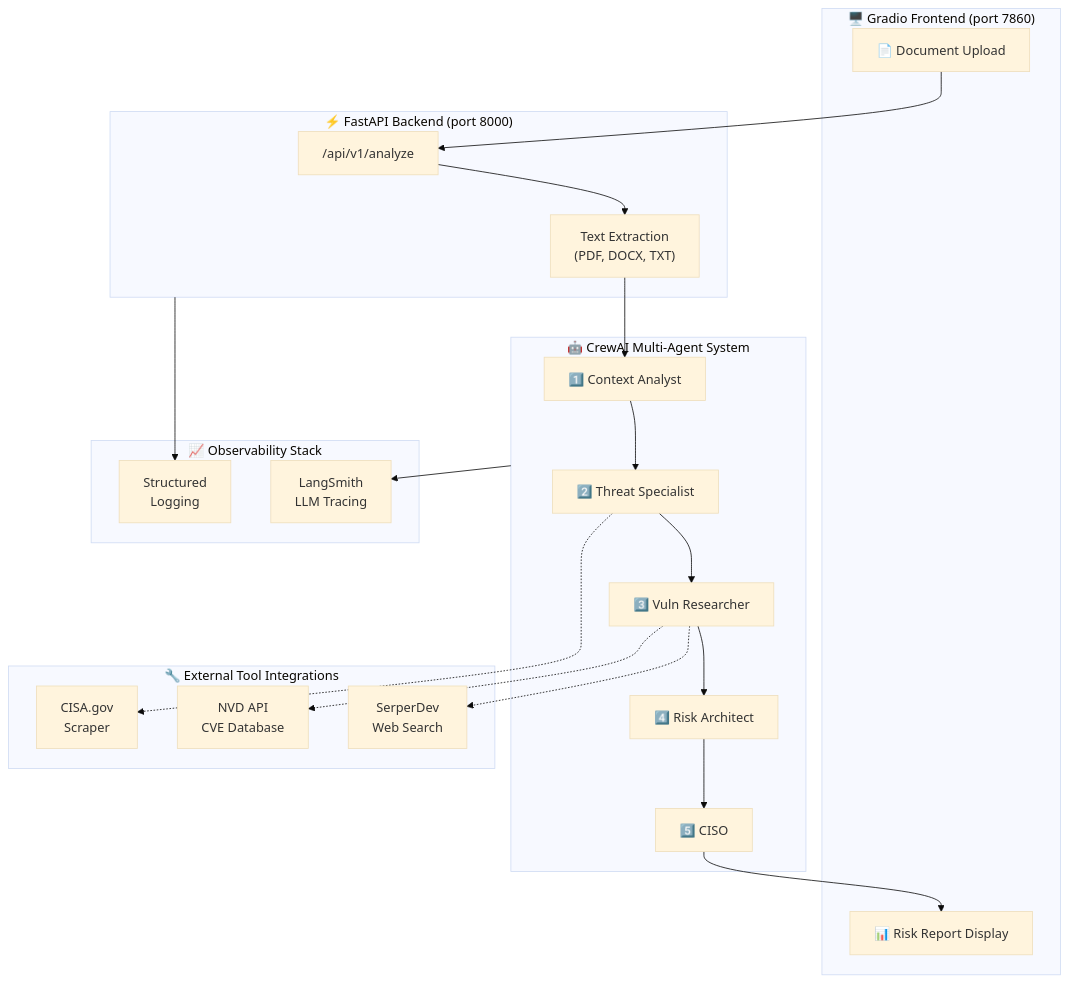
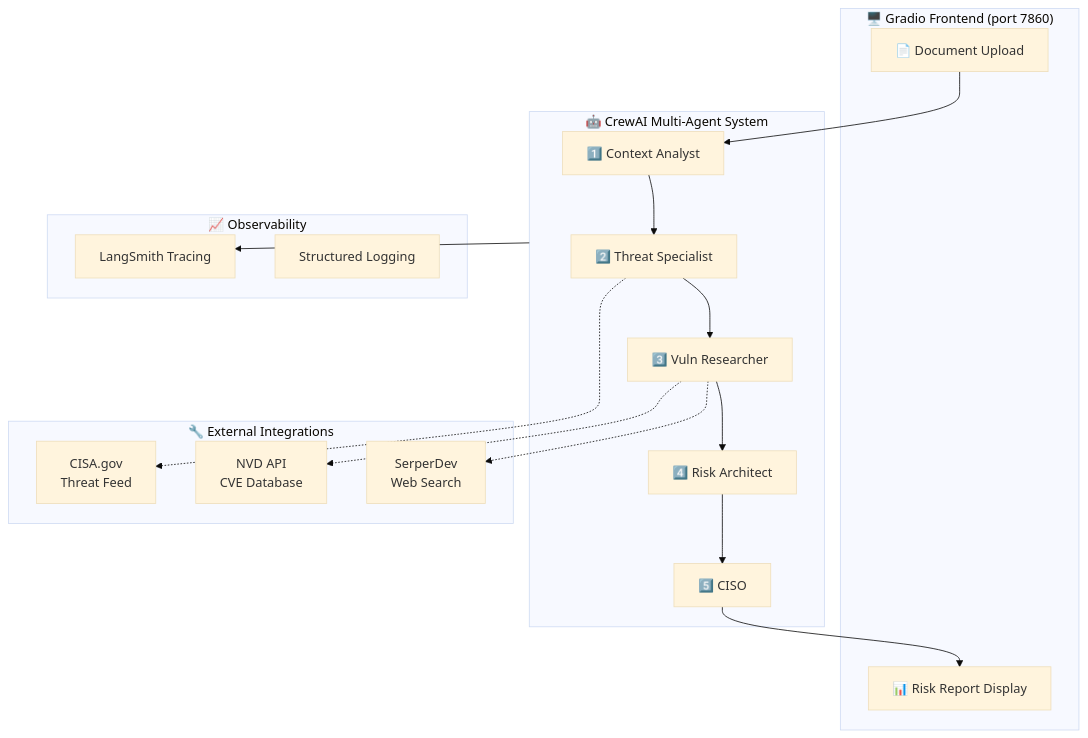
The diagram in README.md (ahmisal/cyber-risk-scenario-generator), drawn with Mermaid (base theme) before and after one commit. The commit also changed other lines of this file and 6 other files, not shown here.

Commit message:
Final capstone submission: Docker Compose, LangSmith tracing, professional README

````diff
--- a/README.md
+++ b/README.md
@@ -19,40 +34,34 @@
 ```mermaid
 flowchart TB
     subgraph UI["🖥️ Gradio Frontend (port 7860)"]
         Upload["📄 Document Upload"]
         Report["📊 Risk Report Display"]
-    end
-    
-    subgraph API["⚡ FastAPI Backend (port 8000)"]
-        Routes["/api/v1/analyze"]
-        Extract["Text Extraction<br/>(PDF, DOCX, TXT)"]
     end
     
     subgraph Agents["🤖 CrewAI Multi-Agent System"]
         A1["1️⃣ Context Analyst"]
         A2["2️⃣ Threat Specialist"]
         A3["3️⃣ Vuln Researcher"]
         A4["4️⃣ Risk Architect"]
         A5["5️⃣ CISO"]
     end
     
-    subgraph Tools["🔧 External Tool Integrations"]
+    subgraph Tools["🔧 External Integrations"]
         T1["SerperDev<br/>Web Search"]
-        T2["CISA.gov<br/>Scraper"]
+        T2["CISA.gov<br/>Threat Feed"]
         T3["NVD API<br/>CVE Database"]
     end
     
-    subgraph Observability["📈 Observability Stack"]
-        LS["LangSmith<br/>LLM Tracing"]
-        Logs["Structured<br/>Logging"]
+    subgraph Observability["📈 Observability"]
+        LS["LangSmith Tracing"]
+        Logs["Structured Logging"]
     end
     
-    Upload --> Routes --> Extract --> A1
+    Upload --> A1
     A1 --> A2 --> A3 --> A4 --> A5
     A2 -.-> T2
     A3 -.-> T1
     A3 -.-> T3
     A5 --> Report
     Agents --> LS
-    API --> Logs
 ```
````
